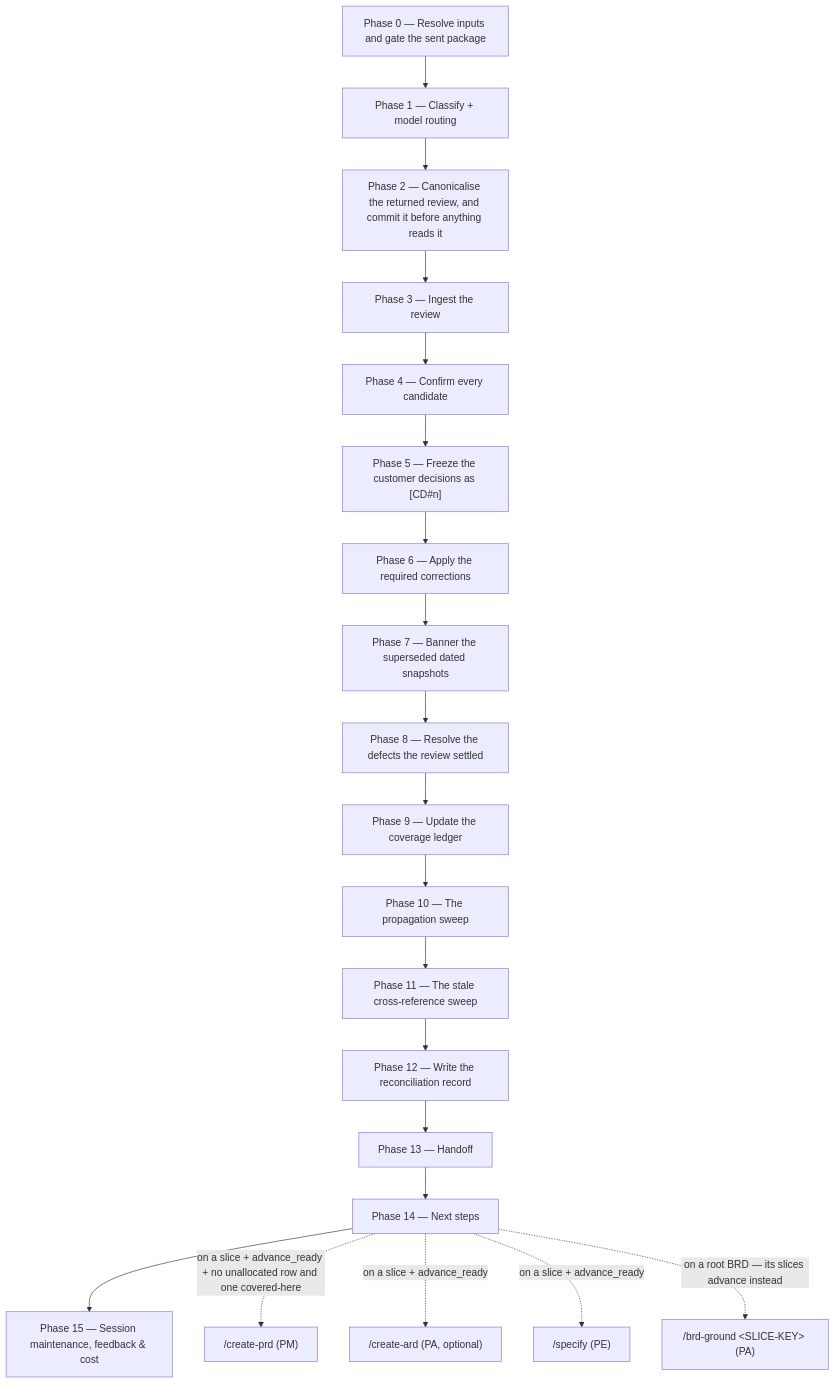
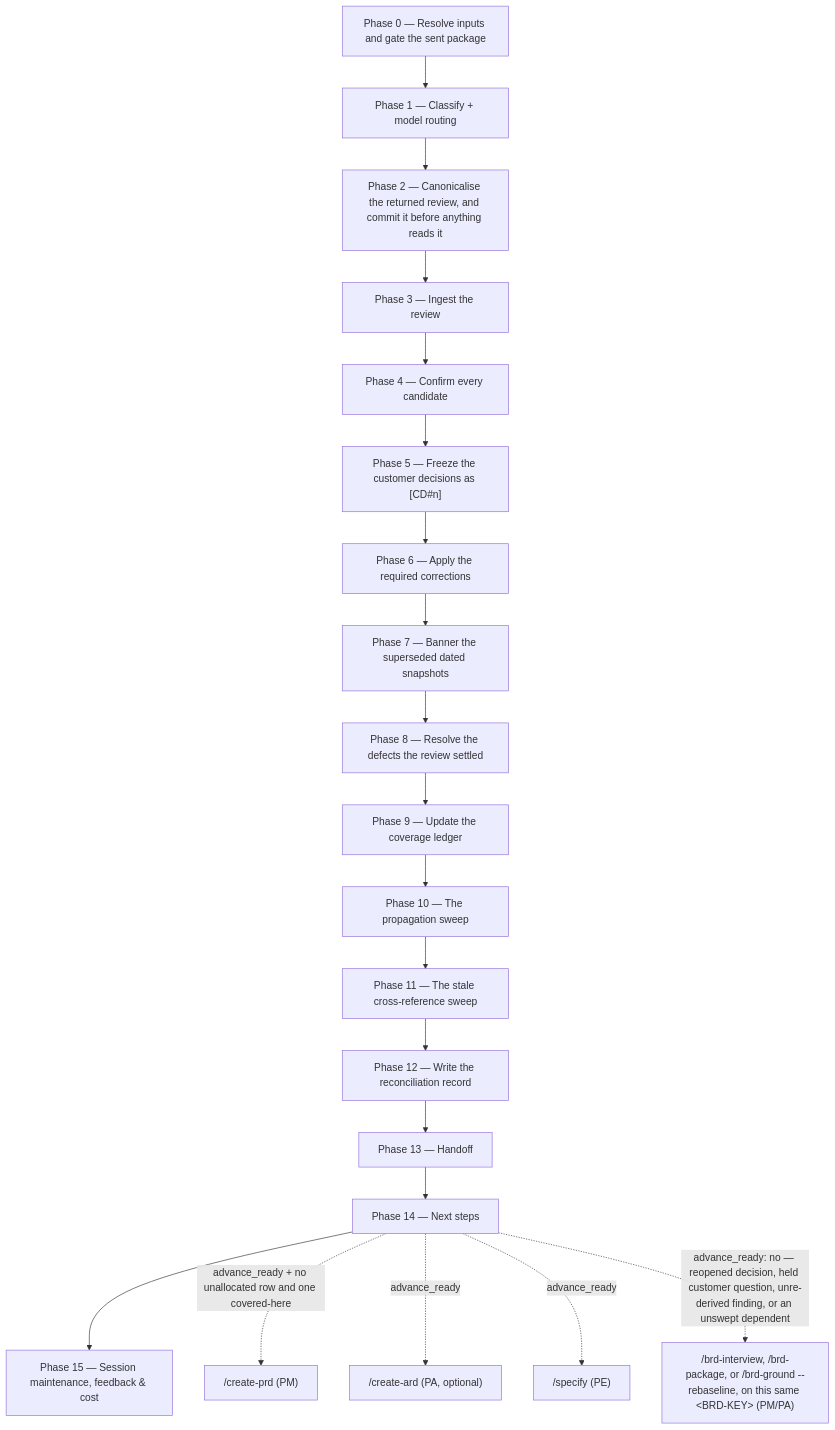
One commit to ihudak/ihudak-claude-plugins changed the diagram in plugins/product-workflows/docs/commands/brd-reconcile.md. Above: the diagram before and after it, drawn with Mermaid. The commit also changed other lines of this file and 11 other files, not shown here.

````diff
--- a/plugins/product-workflows/docs/commands/brd-reconcile.md
+++ b/plugins/product-workflows/docs/commands/brd-reconcile.md
@@ -77,22 +79,22 @@
 ```mermaid
 flowchart TD
     p0["Phase 0 — Resolve inputs and gate the sent package"] --> p1["Phase 1 — Classify + model routing"]
     p1 --> p2["Phase 2 — Canonicalise the returned review, and commit it before anything reads it"]
     p2 --> p3["Phase 3 — Ingest the review"]
     p3 --> p4["Phase 4 — Confirm every candidate"]
     p4 --> p5["Phase 5 — Freeze the customer decisions as [CD#n]"]
     p5 --> p6["Phase 6 — Apply the required corrections"]
     p6 --> p7["Phase 7 — Banner the superseded dated snapshots"]
     p7 --> p8["Phase 8 — Resolve the defects the review settled"]
     p8 --> p9["Phase 9 — Update the coverage ledger"]
     p9 --> p10["Phase 10 — The propagation sweep"]
     p10 --> p11["Phase 11 — The stale cross-reference sweep"]
     p11 --> p12["Phase 12 — Write the reconciliation record"]
     p12 --> p13["Phase 13 — Handoff"]
     p13 --> p14["Phase 14 — Next steps"]
     p14 --> p15["Phase 15 — Session maintenance, feedback & cost"]
-    p14 -.->|"on a slice + advance_ready + no unallocated row and one covered-here"| prd["/create-prd (PM)"]
-    p14 -.->|"on a slice + advance_ready"| ard["/create-ard (PA, optional)"]
-    p14 -.->|"on a slice + advance_ready"| spec["/specify (PE)"]
-    p14 -.->|"on a root BRD — its slices advance instead"| grd["/brd-ground &lt;SLICE-KEY&gt; (PA)"]
+    p14 -.->|"advance_ready + no unallocated row and one covered-here"| prd["/create-prd (PM)"]
+    p14 -.->|"advance_ready"| ard["/create-ard (PA, optional)"]
+    p14 -.->|"advance_ready"| spec["/specify (PE)"]
+    p14 -.->|"advance_ready: no — reopened decision, held customer question, unre-derived finding, or an unswept dependent"| reentry["/brd-interview, /brd-package, or /brd-ground --rebaseline, on this same &lt;BRD-KEY&gt; (PM/PA)"]
 ```
````
